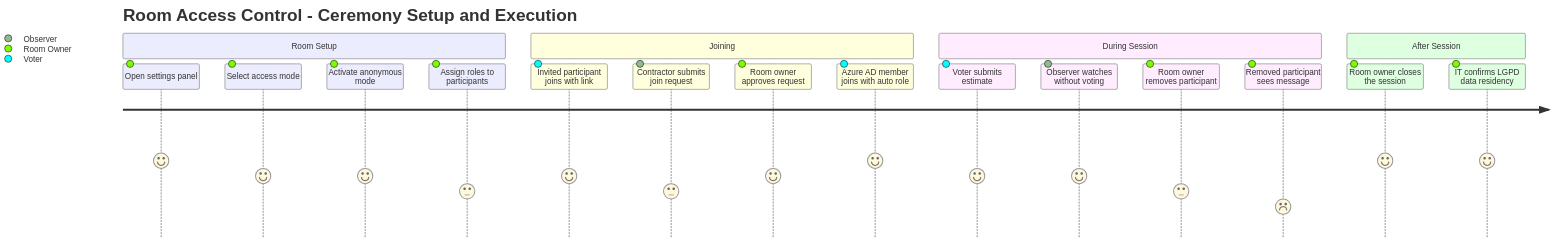
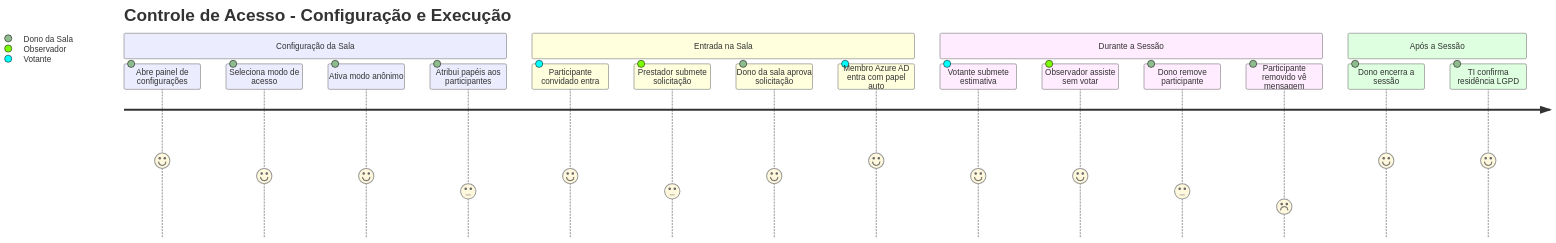
One commit to hugo-hsbtech/teamwork-process changed the first of 7 diagrams in case-poker/07.1-product-backlog-access-control.md. Above: the diagram before and after it, drawn with Mermaid. The commit also changed other lines of this file and 64 other files, not shown here.

````diff
--- a/case-poker/07.1-product-backlog-access-control.md
+++ b/case-poker/07.1-product-backlog-access-control.md
@@ -45,22 +45,22 @@
 ```mermaid
 journey
-    title Room Access Control - Ceremony Setup and Execution
-    section Room Setup
-        Open settings panel: 5: Room Owner
-        Select access mode: 4: Room Owner
-        Activate anonymous mode: 4: Room Owner
-        Assign roles to participants: 3: Room Owner
-    section Joining
-        Invited participant joins with link: 4: Voter
-        Contractor submits join request: 3: Observer
-        Room owner approves request: 4: Room Owner
-        Azure AD member joins with auto role: 5: Voter
-    section During Session
-        Voter submits estimate: 4: Voter
-        Observer watches without voting: 4: Observer
-        Room owner removes participant: 3: Room Owner
-        Removed participant sees message: 2: Room Owner
-    section After Session
-        Room owner closes the session: 5: Room Owner
-        IT confirms LGPD data residency: 5: Room Owner
+    title Controle de Acesso - Configuração e Execução
+    section Configuração da Sala
+        Abre painel de configurações: 5: Dono da Sala
+        Seleciona modo de acesso: 4: Dono da Sala
+        Ativa modo anônimo: 4: Dono da Sala
+        Atribui papéis aos participantes: 3: Dono da Sala
+    section Entrada na Sala
+        Participante convidado entra: 4: Votante
+        Prestador submete solicitação: 3: Observador
+        Dono da sala aprova solicitação: 4: Dono da Sala
+        Membro Azure AD entra com papel auto: 5: Votante
+    section Durante a Sessão
+        Votante submete estimativa: 4: Votante
+        Observador assiste sem votar: 4: Observador
+        Dono remove participante: 3: Dono da Sala
+        Participante removido vê mensagem: 2: Dono da Sala
+    section Após a Sessão
+        Dono encerra a sessão: 5: Dono da Sala
+        TI confirma residência LGPD: 5: Dono da Sala
 ```
````
